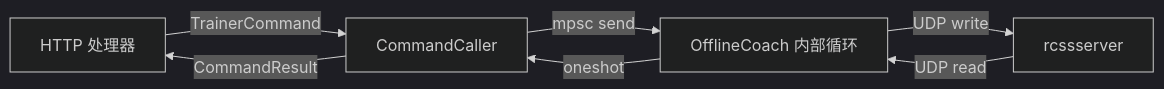
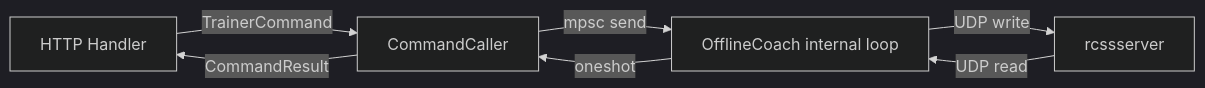
Diagram 12 of 20 in docs/REPORT.md (NN-4H0U/cluster), drawn with Mermaid (dark theme) before and after one commit. The commit also changed other lines of this file, not shown here.

Commit message:
fix: fix AppState lifecycle mermaid parse error and translate all diagrams to English

````diff
--- a/docs/REPORT.md
+++ b/docs/REPORT.md
@@ -321,9 +321,9 @@
 ```mermaid
 graph LR
-    HTTP[HTTP 处理器] -->|TrainerCommand| CC[CommandCaller]
-    CC -->|mpsc send| OC[OfflineCoach 内部循环]
+    HTTP[HTTP Handler] -->|TrainerCommand| CC[CommandCaller]
+    CC -->|mpsc send| OC[OfflineCoach internal loop]
     OC -->|UDP write| RCSS[rcssserver]
     RCSS -->|UDP read| OC
     OC -->|oneshot| CC
     CC -->|CommandResult| HTTP
 ```
````
